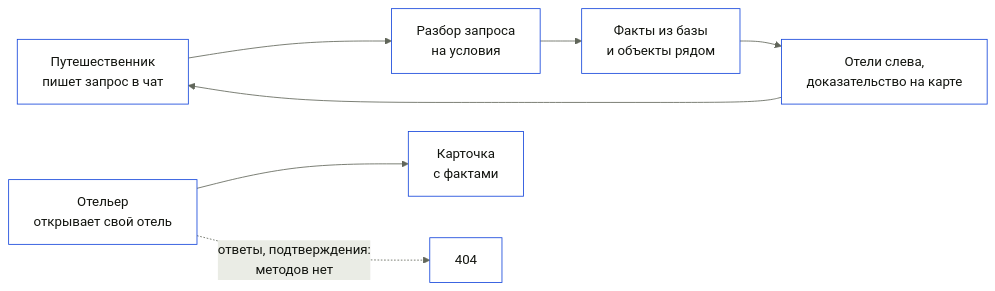
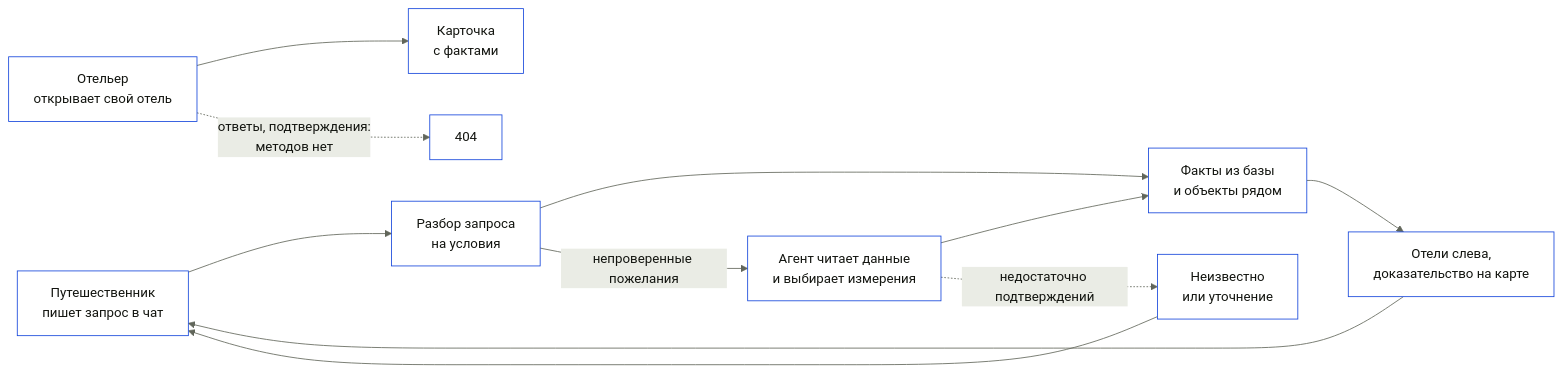
Before and after one commit to GoatWhistle/ostrovok: the first of 3 diagrams in docs/architecture.md, drawn with Mermaid. The commit also changed other lines of this file and 61 other files, not shown here.

````diff
--- a/docs/architecture.md
+++ b/docs/architecture.md
@@ -17,10 +17,14 @@
 ```mermaid
 %%{init: {"theme":"base","themeVariables":{"primaryColor":"#ffffff","primaryTextColor":"#12140f","primaryBorderColor":"#1546db","secondaryColor":"#eaece5","tertiaryColor":"#f4f5f1","lineColor":"#61665a","textColor":"#12140f","noteBkgColor":"#eaece5","noteTextColor":"#4a4e44","actorBkg":"#ffffff","actorBorder":"#1546db","fontFamily":"Manrope Variable"}}}%%
 flowchart LR
     U1["Путешественник<br/>пишет запрос в чат"] --> M1["Разбор запроса<br/>на условия"]
     M1 --> M2["Факты из базы<br/>и объекты рядом"]
+    M1 -->|"непроверенные пожелания"| A["Агент читает данные<br/>и выбирает измерения"]
+    A --> M2
+    A -.->|"недостаточно подтверждений"| Q["Неизвестно<br/>или уточнение"]
+    Q --> U1
     M2 --> R["Отели слева,<br/>доказательство на карте"]
     R --> U1
     U2["Отельер<br/>открывает свой отель"] --> C["Карточка<br/>с фактами"]
     U2 -.->|"ответы, подтверждения:<br/>методов нет"| X["404"]
 ```
````
